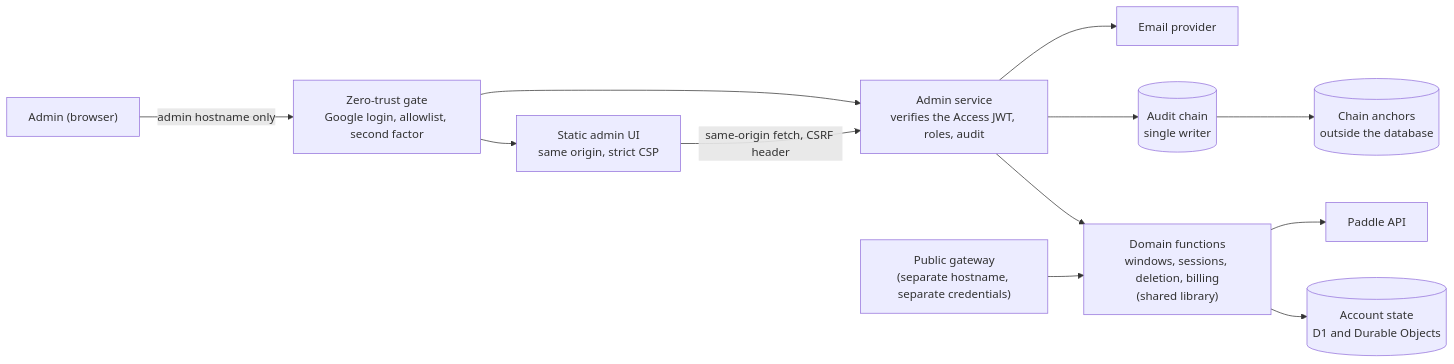
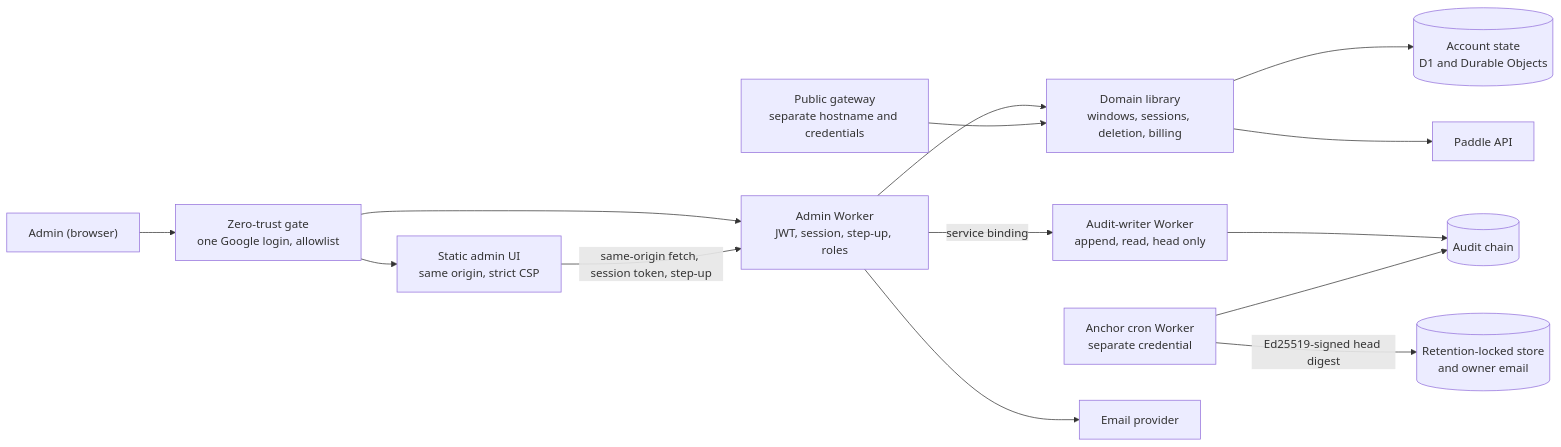
Before and after one commit to Shoko-official/StudentLLM: the diagram in docs/cloud-admin.md, drawn with Mermaid. The commit also changed other lines of this file and 45 other files, not shown here.

````diff
--- a/docs/cloud-admin.md
+++ b/docs/cloud-admin.md
@@ -45,26 +55,30 @@
 ```mermaid
 flowchart LR
     Admin["Admin (browser)"]
-    Access["Zero-trust gate<br/>Google login, allowlist, second factor"]
+    Access["Zero-trust gate<br/>one Google login, allowlist"]
     UI["Static admin UI<br/>same origin, strict CSP"]
-    AW["Admin service<br/>verifies the Access JWT, roles, audit"]
-    Dom["Domain functions<br/>windows, sessions, deletion, billing<br/>(shared library)"]
+    AW["Admin Worker<br/>JWT, session, step-up, roles"]
+    Dom["Domain library<br/>windows, sessions, deletion, billing"]
     State[("Account state<br/>D1 and Durable Objects")]
-    Audit[("Audit chain<br/>single writer")]
-    Anchor[("Chain anchors<br/>outside the database")]
+    AuditW["Audit-writer Worker<br/>append, read, head only"]
+    Chain[("Audit chain")]
+    Cron["Anchor cron Worker<br/>separate credential"]
+    Anchor[("Retention-locked store<br/>and owner email")]
     Paddle["Paddle API"]
     Mail["Email provider"]
-    GW["Public gateway<br/>(separate hostname, separate credentials)"]
+    GW["Public gateway<br/>separate hostname and credentials"]
 
-    Admin -- "admin hostname only" --> Access
+    Admin --> Access
     Access --> UI
     Access --> AW
-    UI -- "same-origin fetch, CSRF header" --> AW
+    UI -- "same-origin fetch, session token, step-up" --> AW
     AW --> Dom
     Dom --> State
-    AW --> Audit
-    Audit --> Anchor
+    AW -- "service binding" --> AuditW
+    AuditW --> Chain
+    Cron --> Chain
+    Cron -- "Ed25519-signed head digest" --> Anchor
     Dom --> Paddle
     AW --> Mail
     GW --> Dom
 ```
````
